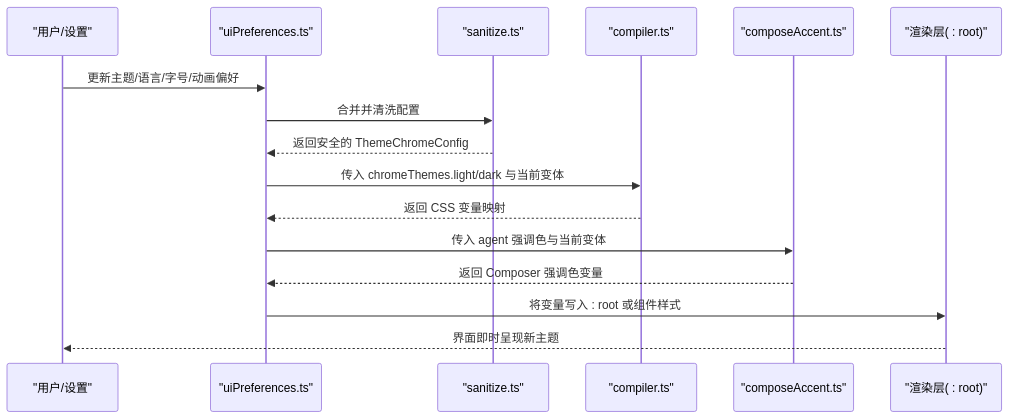
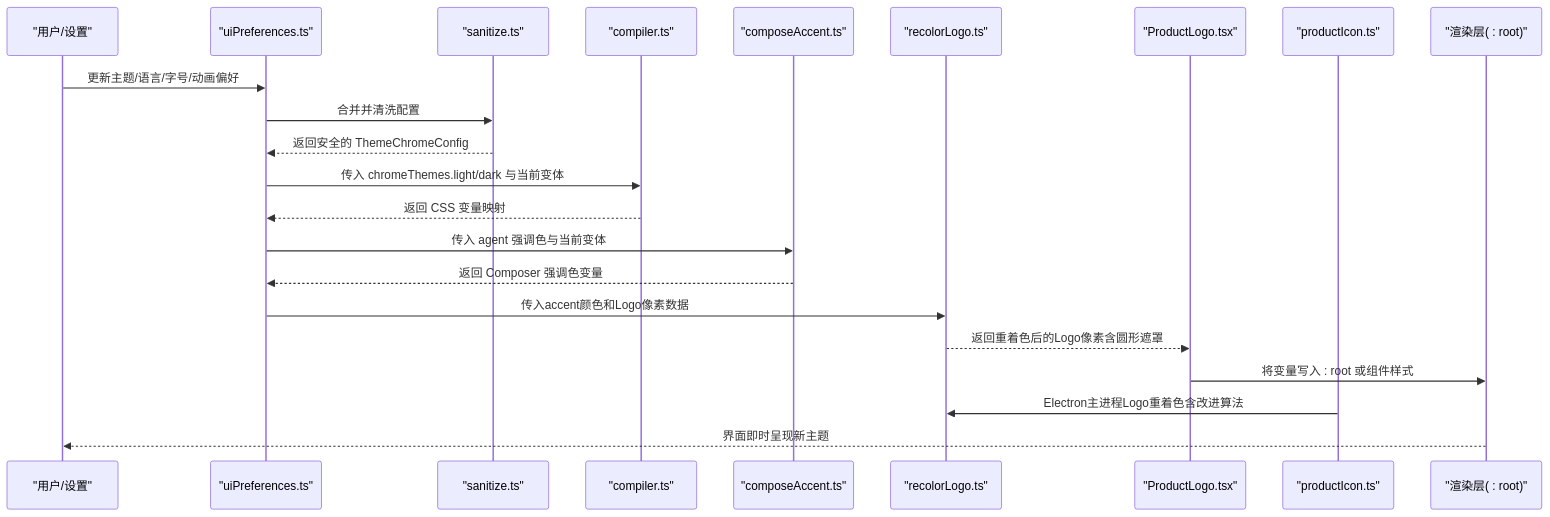
The second of 7 diagrams in .qoder/repowiki/zh/content/架构设计/渲染器架构/UI 特性/主题系统.md (haolange/RDC-Agent), drawn with Mermaid before and after one commit. The commit also changed other lines of this file and 80 other files, not shown here.

````diff
--- a/.qoder/repowiki/zh/content/架构设计/渲染器架构/UI 特性/主题系统.md
+++ b/.qoder/repowiki/zh/content/架构设计/渲染器架构/UI 特性/主题系统.md
@@ -151,18 +173,24 @@
 ```mermaid
 sequenceDiagram
 participant U as "用户/设置"
 participant P as "uiPreferences.ts"
 participant S as "sanitize.ts"
 participant C as "compiler.ts"
 participant CA as "composeAccent.ts"
+participant RL as "recolorLogo.ts"
+participant PL as "ProductLogo.tsx"
+participant PI as "productIcon.ts"
 participant R as "渲染层( : root)"
 U->>P : 更新主题/语言/字号/动画偏好
 P->>S : 合并并清洗配置
 S-->>P : 返回安全的 ThemeChromeConfig
 P->>C : 传入 chromeThemes.light/dark 与当前变体
 C-->>P : 返回 CSS 变量映射
 P->>CA : 传入 agent 强调色与当前变体
 CA-->>P : 返回 Composer 强调色变量
-P->>R : 将变量写入 : root 或组件样式
+P->>RL : 传入accent颜色和Logo像素数据
+RL-->>PL : 返回重着色后的Logo像素含圆形遮罩
+PL->>R : 将变量写入 : root 或组件样式
+PI->>RL : Electron主进程Logo重着色含改进算法
 R-->>U : 界面即时呈现新主题
 ```
````
